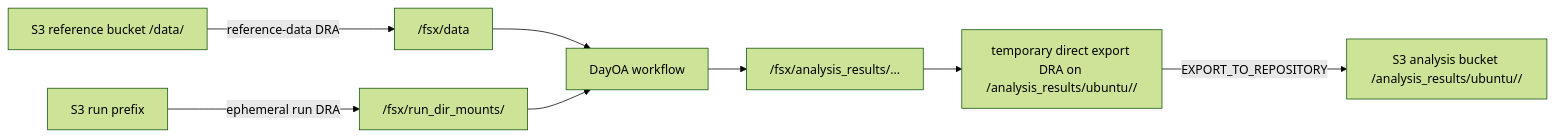
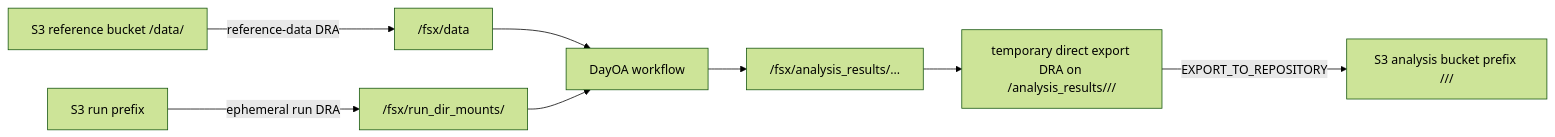
The diagram in README.md (Daylily-Informatics/daylily-ephemeral-cluster), drawn with Mermaid (forest theme) before and after one commit. The commit also changed other lines of this file and 28 other files, not shown here.

Commit message:
Add analysis identity export workflow

````diff
--- a/README.md
+++ b/README.md
@@ -120,10 +125,10 @@
 ```mermaid
 flowchart LR
   Ref["S3 reference bucket /data/"] -->|reference-data DRA| Data["/fsx/data"]
   Run["S3 run prefix"] -->|ephemeral run DRA| Mount["/fsx/run_dir_mounts/<mount_id>"]
   Data --> Workflow["DayOA workflow"]
   Mount --> Workflow
   Workflow --> Results["/fsx/analysis_results/..."]
-  Results --> Export["temporary direct export DRA on /analysis_results/ubuntu/<analysis_dir>/"]
-  Export -->|EXPORT_TO_REPOSITORY| Analysis["S3 analysis bucket /analysis_results/ubuntu/<analysis_dir>/"]
+  Results --> Export["temporary direct export DRA on /analysis_results/<executing_entity>/<analysis_id>/"]
+  Export -->|EXPORT_TO_REPOSITORY| Analysis["S3 analysis bucket prefix /<executing_entity>/<analysis_id>/"]
 ```
````
